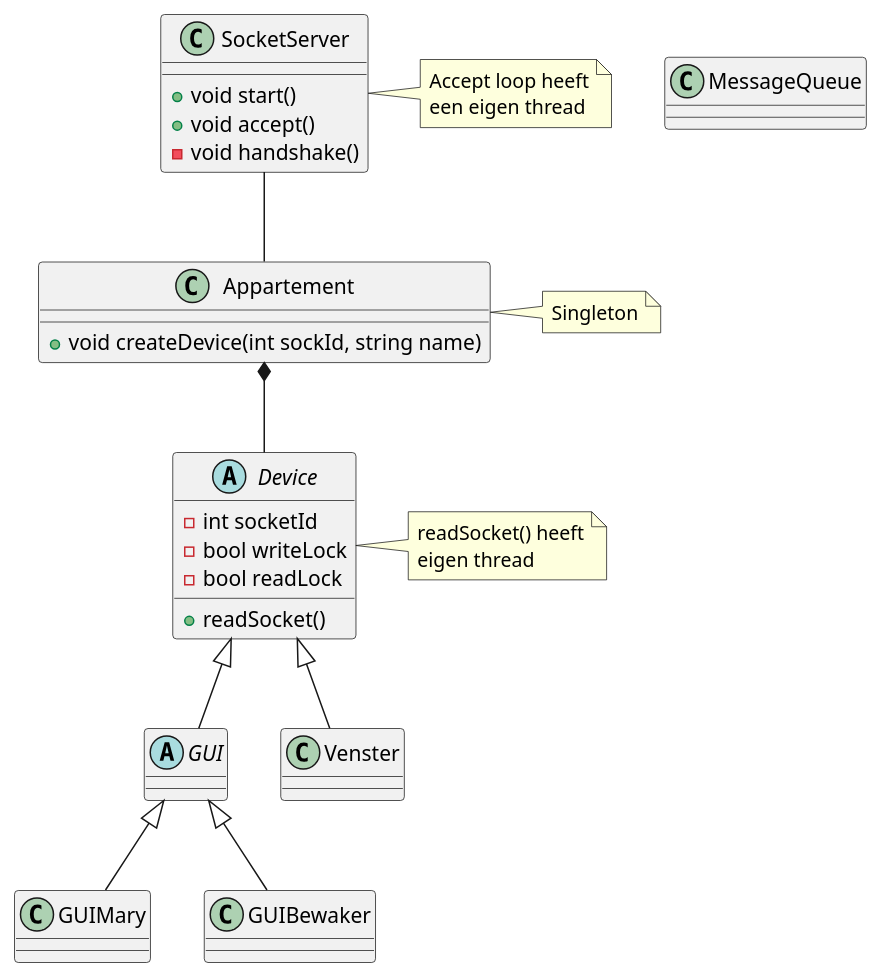
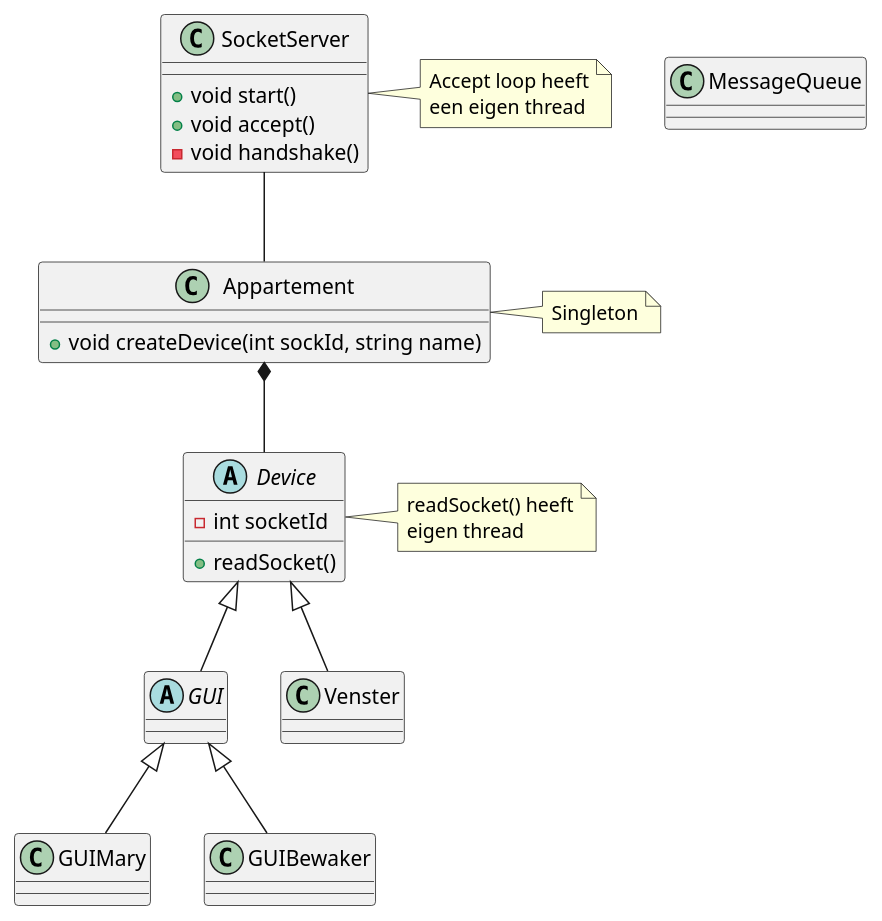
One commit to Whalehunter/PJSDV changed the diagram in Ontwerpen/classediagram.plantuml. Above: the diagram before and after it, drawn with PlantUML. The commit also changed 1 other file, not shown here.

Commit message:
Wat veranderingen in UML ontwerpen

```diff
--- a/Ontwerpen/classediagram.plantuml
+++ b/Ontwerpen/classediagram.plantuml
@@ -1,34 +1,32 @@
 @startuml
 
 abstract class Device{
         -int socketId
-        -bool writeLock
-        -bool readLock
         +readSocket()
 }
 Note right: readSocket() heeft\neigen thread
 abstract class GUI
 
 class Appartement {
         +void createDevice(int sockId, string name)
 }
 Note right: Singleton
 
 class SocketServer {
         +void start()
         +void accept()
         -void handshake()
 }
 Note right: Accept loop heeft\neen eigen thread
 
 class MessageQueue
 
 SocketServer -- Appartement
 Appartement *-- Device
 Device <|-- GUI
 Device <|-- Venster
 GUI <|-- GUIMary
 GUI <|-- GUIBewaker
 
 
 @enduml
```
